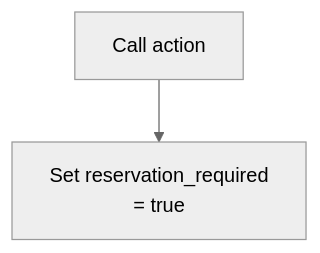
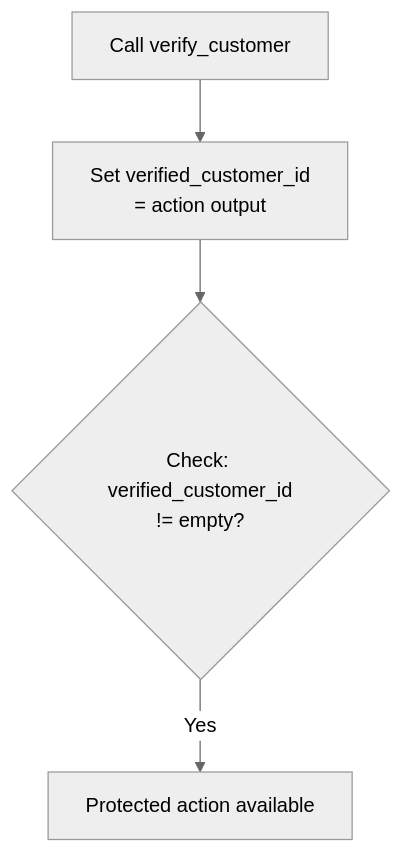
The fifth of 12 diagrams in mirrors/repos/forcedotcom@sf-skills/skills/agentforce-generate/references/agent-subagent-map-diagrams.md (gabrielmoreira/agent-skills-mirror), drawn with Mermaid before and after one commit. The commit also changed other lines of this file and 6617 other files, not shown here.

````diff
--- a/mirrors/repos/forcedotcom@sf-skills/skills/agentforce-generate/references/agent-subagent-map-diagrams.md
+++ b/mirrors/repos/forcedotcom@sf-skills/skills/agentforce-generate/references/agent-subagent-map-diagrams.md
@@ -121,5 +126,7 @@
 ```mermaid
 %%{init: {'theme':'neutral'}}%%
 graph TD
-    A[Call action] --> B[Set reservation_required<br/>= true]
+    A[Call verify_customer] --> B[Set verified_customer_id<br/>= action output]
+    B --> C{Check: verified_customer_id<br/>!= empty?}
+    C -->|Yes| D[Protected action available]
 ```
````
